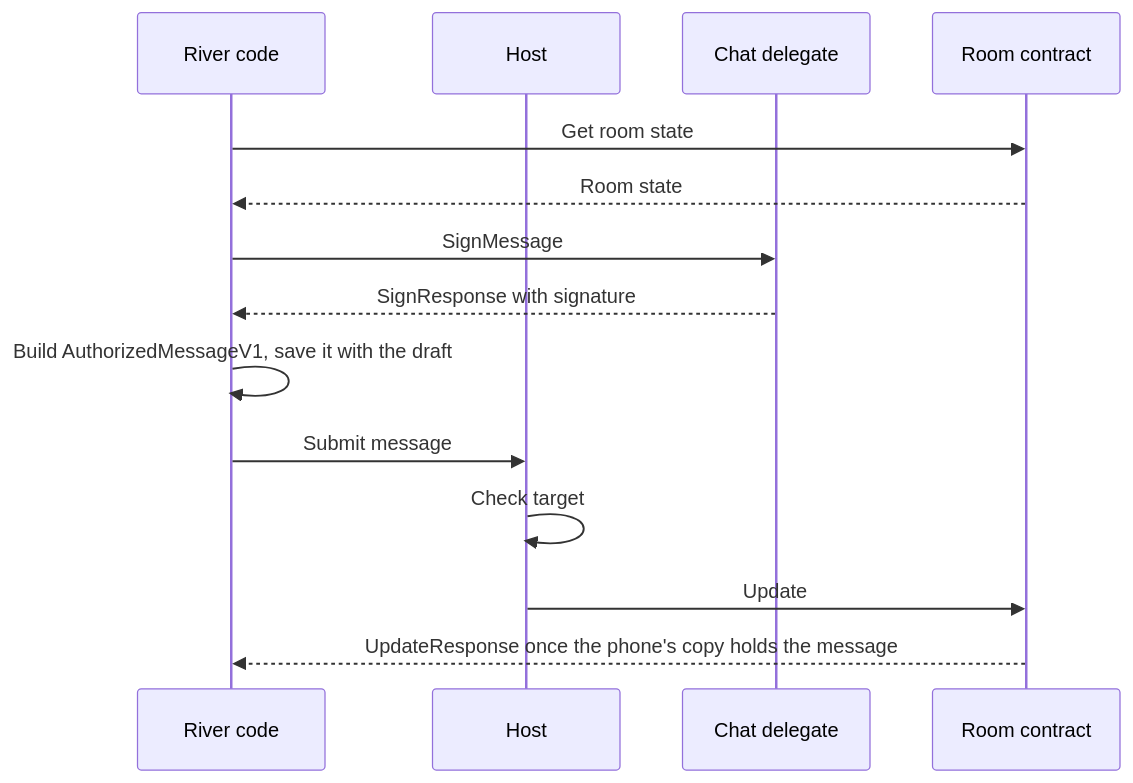
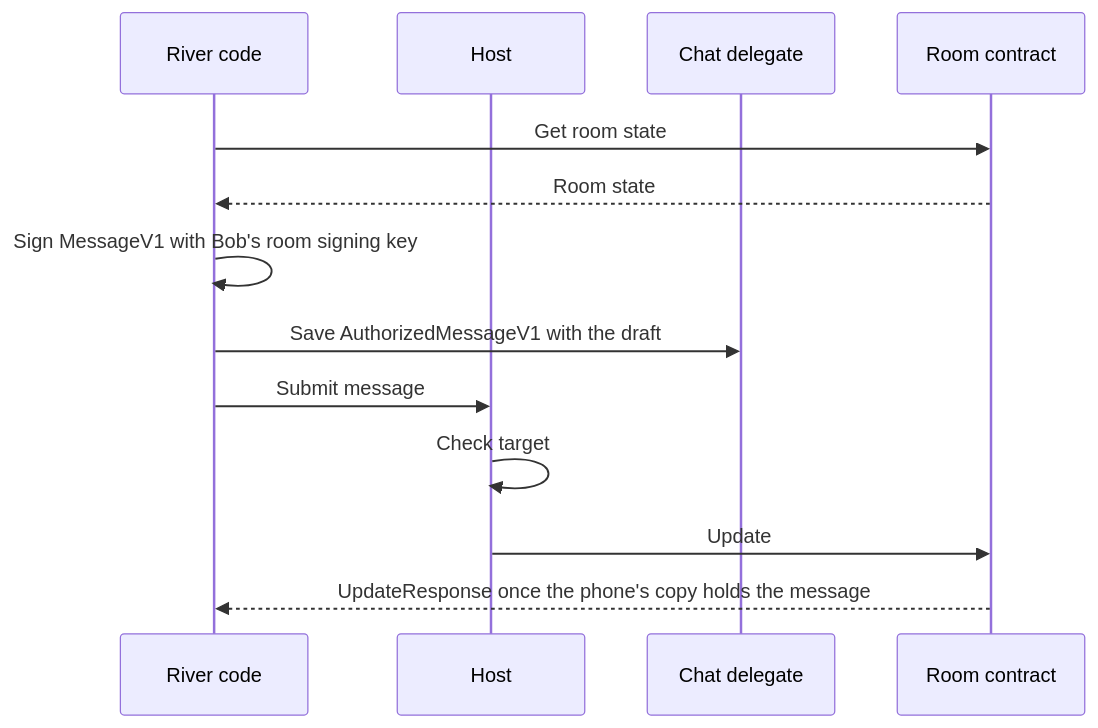
Before and after one commit to EVY-Platform/evy-freenet-plans: the diagram in 1-freenet-mobile-appkit/06-data-and-operations.md, drawn with Mermaid. The commit also changed other lines of this file and 51 other files, not shown here.

````diff
--- a/1-freenet-mobile-appkit/06-data-and-operations.md
+++ b/1-freenet-mobile-appkit/06-data-and-operations.md
@@ -45,16 +45,15 @@
 ```mermaid
 sequenceDiagram
     participant River as River code
     participant Host
     participant Delegate as Chat delegate
     participant Room as Room contract
     River->>Room: Get room state
     Room-->>River: Room state
-    River->>Delegate: SignMessage
-    Delegate-->>River: SignResponse with signature
-    River->>River: Build AuthorizedMessageV1, save it with the draft
+    River->>River: Sign MessageV1 with Bob's room signing key
+    River->>Delegate: Save AuthorizedMessageV1 with the draft
     River->>Host: Submit message
     Host->>Host: Check target
     Host->>Room: Update
     Room-->>River: UpdateResponse once the phone's copy holds the message
 ```
````
